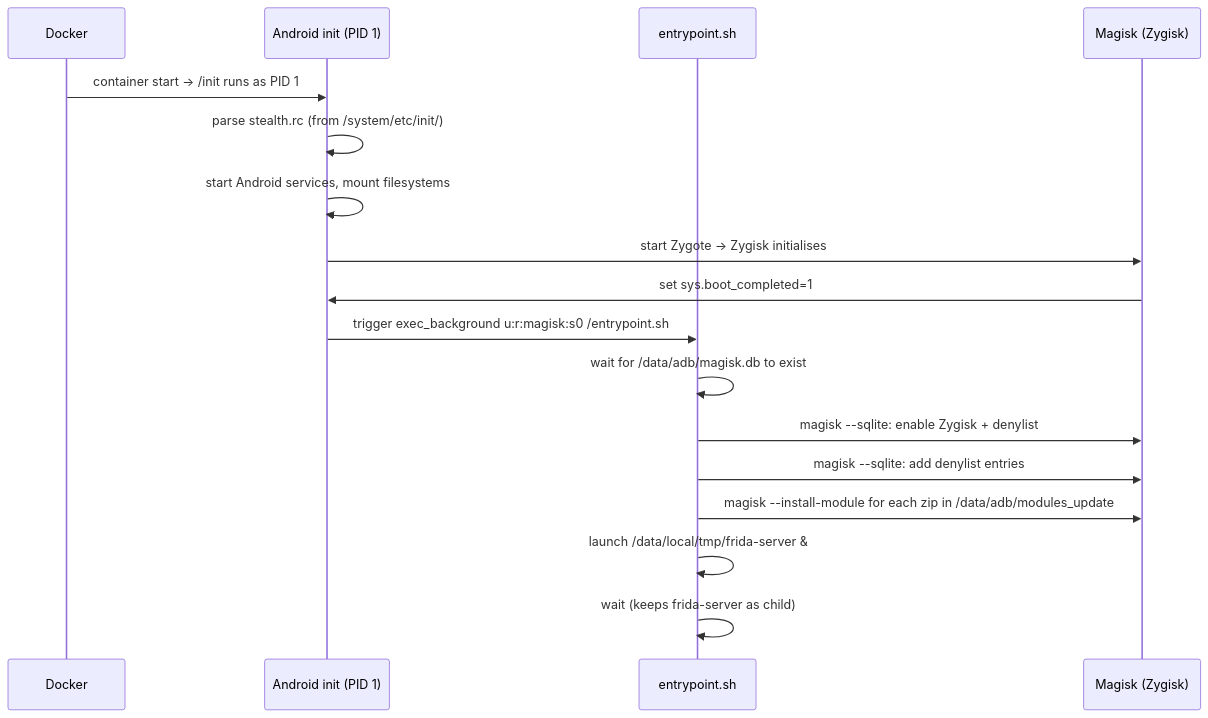
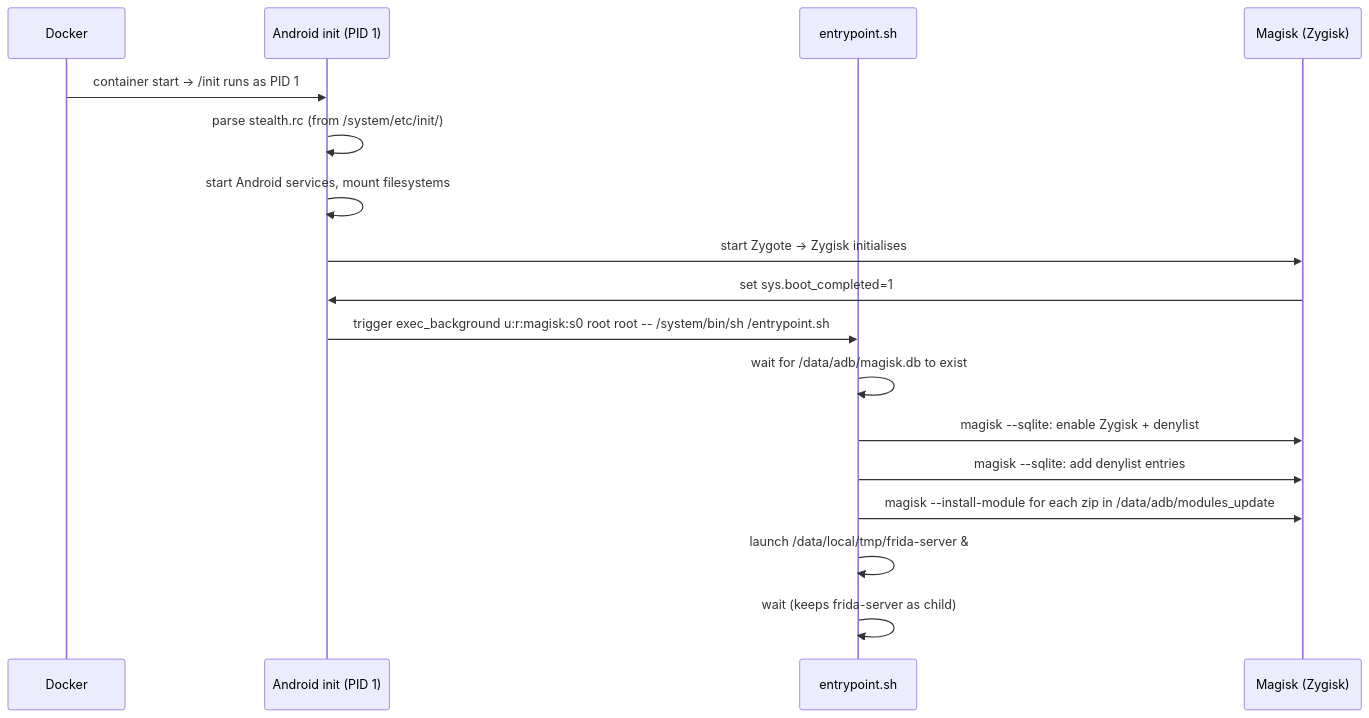
One commit to Xiddoc/Beetroot changed the diagram in docs/how-it-works/boot-flow.md. Above: the diagram before and after it, drawn with Mermaid. The commit also changed other lines of this file and 30 other files, not shown here.

````diff
--- a/docs/how-it-works/boot-flow.md
+++ b/docs/how-it-works/boot-flow.md
@@ -61,20 +61,20 @@
 ```mermaid
 sequenceDiagram
     participant D as Docker
     participant I as Android init (PID 1)
     participant E as entrypoint.sh
     participant M as Magisk (Zygisk)
 
     D->>I: container start → /init runs as PID 1
     I->>I: parse stealth.rc (from /system/etc/init/)
     I->>I: start Android services, mount filesystems
     I->>M: start Zygote → Zygisk initialises
     M->>I: set sys.boot_completed=1
-    I->>E: trigger exec_background u:r:magisk:s0 /entrypoint.sh
+    I->>E: trigger exec_background u:r:magisk:s0 root root -- /system/bin/sh /entrypoint.sh
     E->>E: wait for /data/adb/magisk.db to exist
     E->>M: magisk --sqlite: enable Zygisk + denylist
     E->>M: magisk --sqlite: add denylist entries
     E->>M: magisk --install-module for each zip in /data/adb/modules_update
     E->>E: launch /data/local/tmp/frida-server &
     E->>E: wait (keeps frida-server as child)
 ```
````
